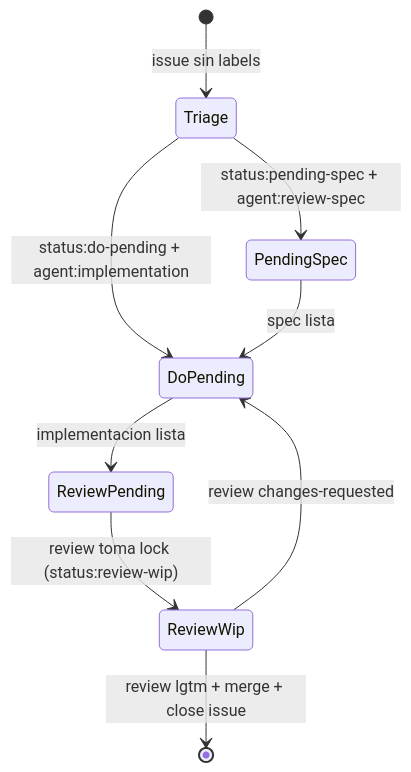
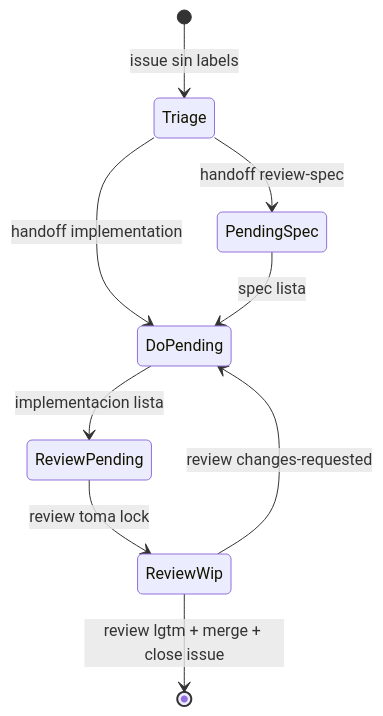
Before and after one commit to doreancl/hunger-games: the diagram in .agents/parent-agent.md, drawn with Mermaid. The commit also changed other lines of this file and 5 other files, not shown here.

````diff
--- a/.agents/parent-agent.md
+++ b/.agents/parent-agent.md
@@ -15,11 +21,11 @@
 ```mermaid
 stateDiagram-v2
   [*] --> Triage: issue sin labels
-  Triage --> PendingSpec: status:pending-spec + agent:review-spec
-  Triage --> DoPending: status:do-pending + agent:implementation
+  Triage --> PendingSpec: handoff review-spec
+  Triage --> DoPending: handoff implementation
   PendingSpec --> DoPending: spec lista
   DoPending --> ReviewPending: implementacion lista
-  ReviewPending --> ReviewWip: review toma lock (status:review-wip)
+  ReviewPending --> ReviewWip: review toma lock
   ReviewWip --> [*]: review lgtm + merge + close issue
   ReviewWip --> DoPending: review changes-requested
 ```
````
